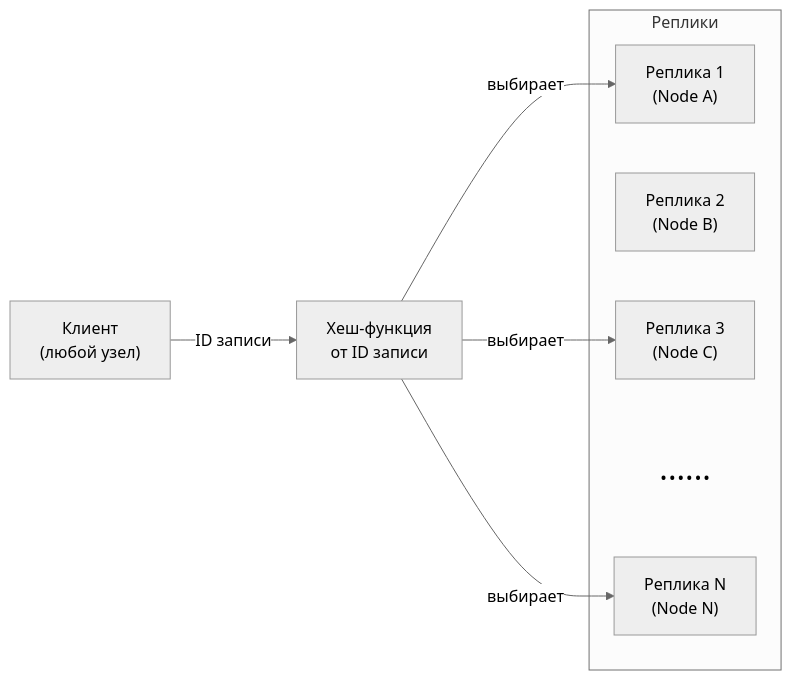
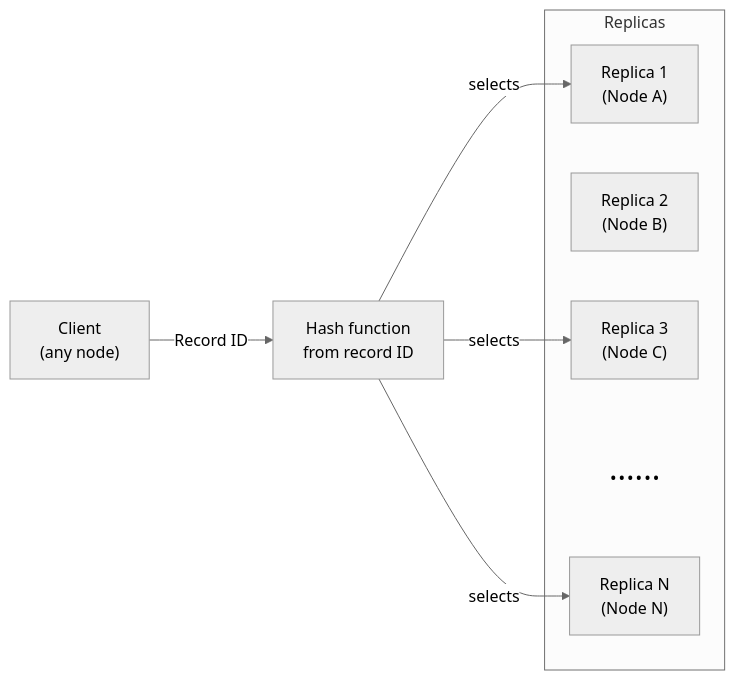
The first of 4 diagrams in ydb/docs/en/core/contributor/metadata-distribution.md (ydb-platform/ydb), drawn with Mermaid (neutral theme) before and after one commit. The commit also changed other lines of this file and 1 other file, not shown here.

First line of the commit message:
Add glossary metadata-services links; translate mermaid diagrams to EN.

````diff
--- a/ydb/docs/en/core/contributor/metadata-distribution.md
+++ b/ydb/docs/en/core/contributor/metadata-distribution.md
@@ -111,19 +111,19 @@
 ```mermaid
 
 graph LR
-    Client["Клиент\n(любой узел)"]
-    Hash["Хеш-функция\nот ID записи"]
-    subgraph Реплики
-    R1["Реплика 1\n(Node A)"]
-    R2["Реплика 2\n(Node B)"]
-    R3["Реплика 3\n(Node C)"]
+    Client["Client\n(any node)"]
+    Hash["Hash function\nfrom record ID"]
+    subgraph Replicas
+    R1["Replica 1\n(Node A)"]
+    R2["Replica 2\n(Node B)"]
+    R3["Replica 3\n(Node C)"]
     RX["......"]
     classDef transp fill:#FFFFFF00,stroke:#FFFFFF00,color:#000,font-size:32px
     class RX transp
-    RN["Реплика N\n(Node N)"]
+    RN["Replica N\n(Node N)"]
     end
-    Client -->|"ID записи"| Hash
-    Hash -->|"выбирает"| R1
-    Hash -->|"выбирает"| R3
-    Hash -->|"выбирает"| RN
+    Client -->|"Record ID"| Hash
+    Hash -->|"selects"| R1
+    Hash -->|"selects"| R3
+    Hash -->|"selects"| RN
 ```
````
